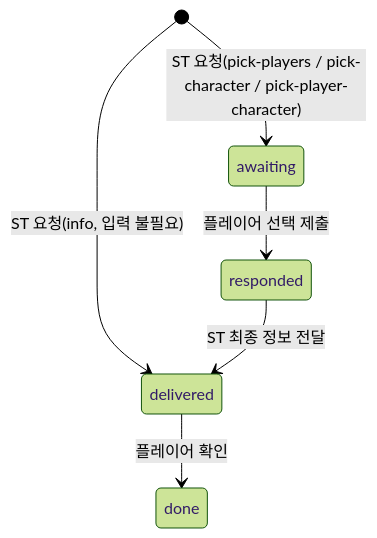
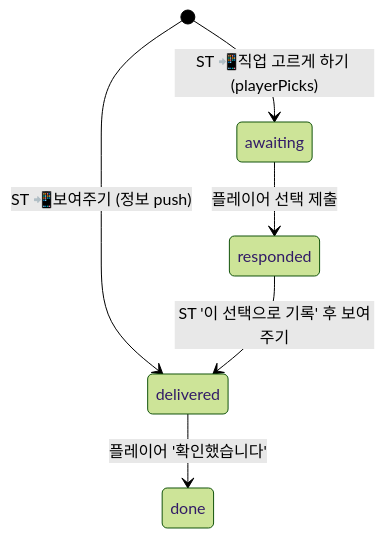
One commit to daseul22/botc-grimoire changed the second of 3 diagrams in docs/wiki/11-online-play.md. Above: the diagram before and after it, drawn with Mermaid (forest theme). The commit also changed other lines of this file and 13 other files, not shown here.

First line of the commit message:
feat(online): 밤·낮 행동을 순서 패널에서 폰으로 보여주기(push) — 수동 콘솔 제거

````diff
--- a/docs/wiki/11-online-play.md
+++ b/docs/wiki/11-online-play.md
@@ -159,8 +161,8 @@
 ```mermaid
 stateDiagram-v2
-  [*] --> awaiting: ST 요청(pick-players / pick-character / pick-player-character)
-  [*] --> delivered: ST 요청(info, 입력 불필요)
+  [*] --> delivered: ST 📲보여주기 (정보 push)
+  [*] --> awaiting: ST 📲직업 고르게 하기 (playerPicks)
   awaiting --> responded: 플레이어 선택 제출
-  responded --> delivered: ST 최종 정보 전달
-  delivered --> done: 플레이어 확인
+  responded --> delivered: ST '이 선택으로 기록' 후 보여주기
+  delivered --> done: 플레이어 '확인했습니다'
 ```
````
